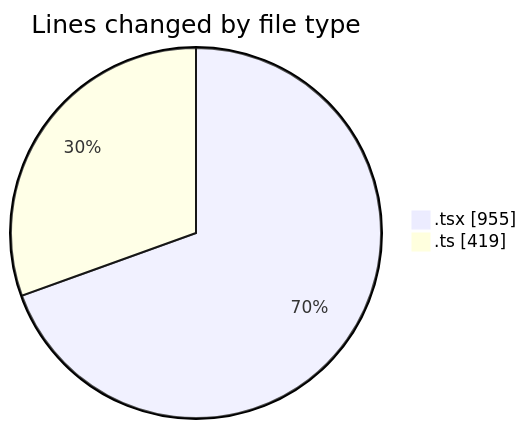
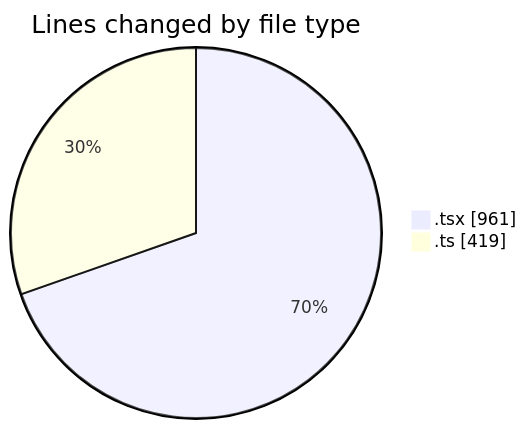
The first of 2 diagrams in 2025-10-16/eventscop-frontend-guide__workspace_/README.md (julien-gomy/code-tracking), drawn with Mermaid before and after one commit. The commit also changed other lines of this file and 1 other file, not shown here.

````diff
--- a/2025-10-16/eventscop-frontend-guide__workspace_/README.md
+++ b/2025-10-16/eventscop-frontend-guide__workspace_/README.md
@@ -31,6 +31,6 @@
 ```mermaid
 pie showData
 title Lines changed by file type
-".tsx" : 955
+".tsx" : 961
 ".ts" : 419
 ```
````
